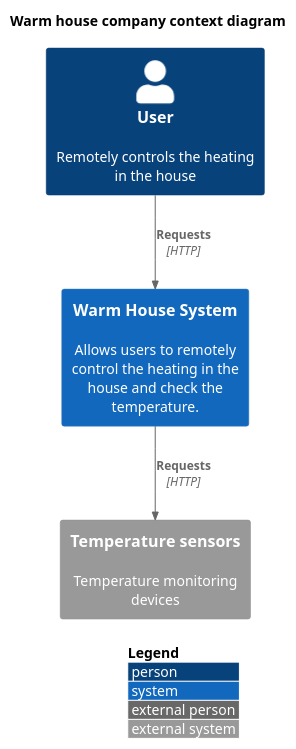
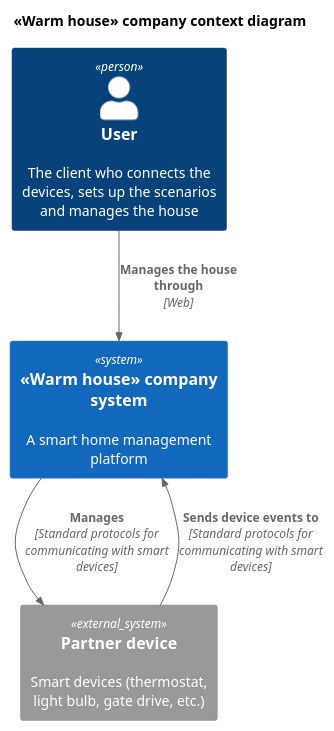
The diagram in diagrams/context/context.plantuml (winmord/architecture-pro-warmhouse), drawn with PlantUML before and after one commit. The commit also changed 1 other file, not shown here.

Commit message:
feature: change context diagram

```diff
--- a/diagrams/context/context.plantuml
+++ b/diagrams/context/context.plantuml
@@ -1,15 +1,14 @@
 @startuml
 !include ../C4_Context.puml
-LAYOUT_WITH_LEGEND()
+title «Warm house» company context diagram
 
-title Warm house company context diagram
+Person(user, "User", "The client who connects the devices, sets up the scenarios and manages the house")
+System(ecosystem, "«Warm house» company system", "A smart home management platform")
 
-Person(user, "User", "Remotely controls the heating in the house")
+System_Ext(partner_device, "Partner device", "Smart devices (thermostat, light bulb, gate drive, etc.)")
 
-System(warmhouse_system, "Warm House System", "Allows users to remotely control the heating in the house and check the temperature.")
-System_Ext(warmhouse_device, "Temperature sensors", "Temperature monitoring devices")
-
-Rel_Down(user, warmhouse_system, "Requests", "HTTP")
-Rel_Down(warmhouse_system, warmhouse_device, "Requests", "HTTP")
+Rel(user, ecosystem, "Manages the house through", "Web")
+Rel(ecosystem, partner_device, "Manages", "Standard protocols for communicating with smart devices")
+Rel(partner_device, ecosystem, "Sends device events to", "Standard protocols for communicating with smart devices")
 
 @enduml
```
